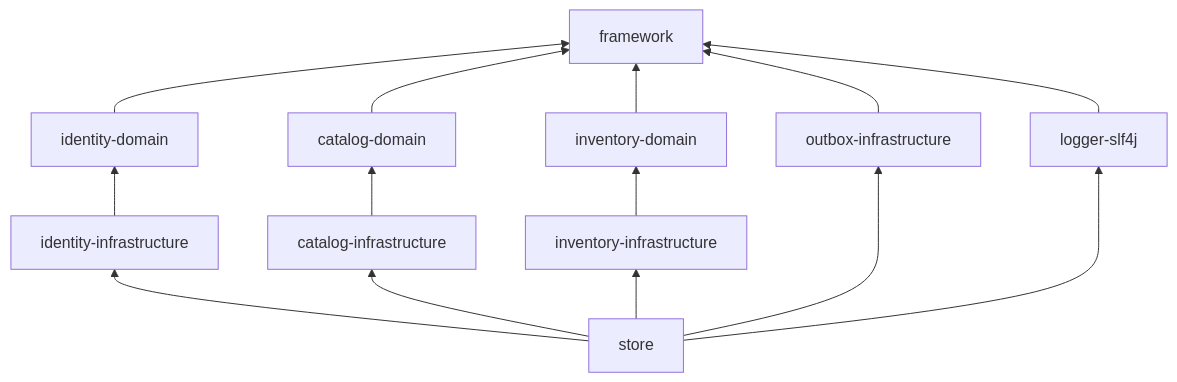
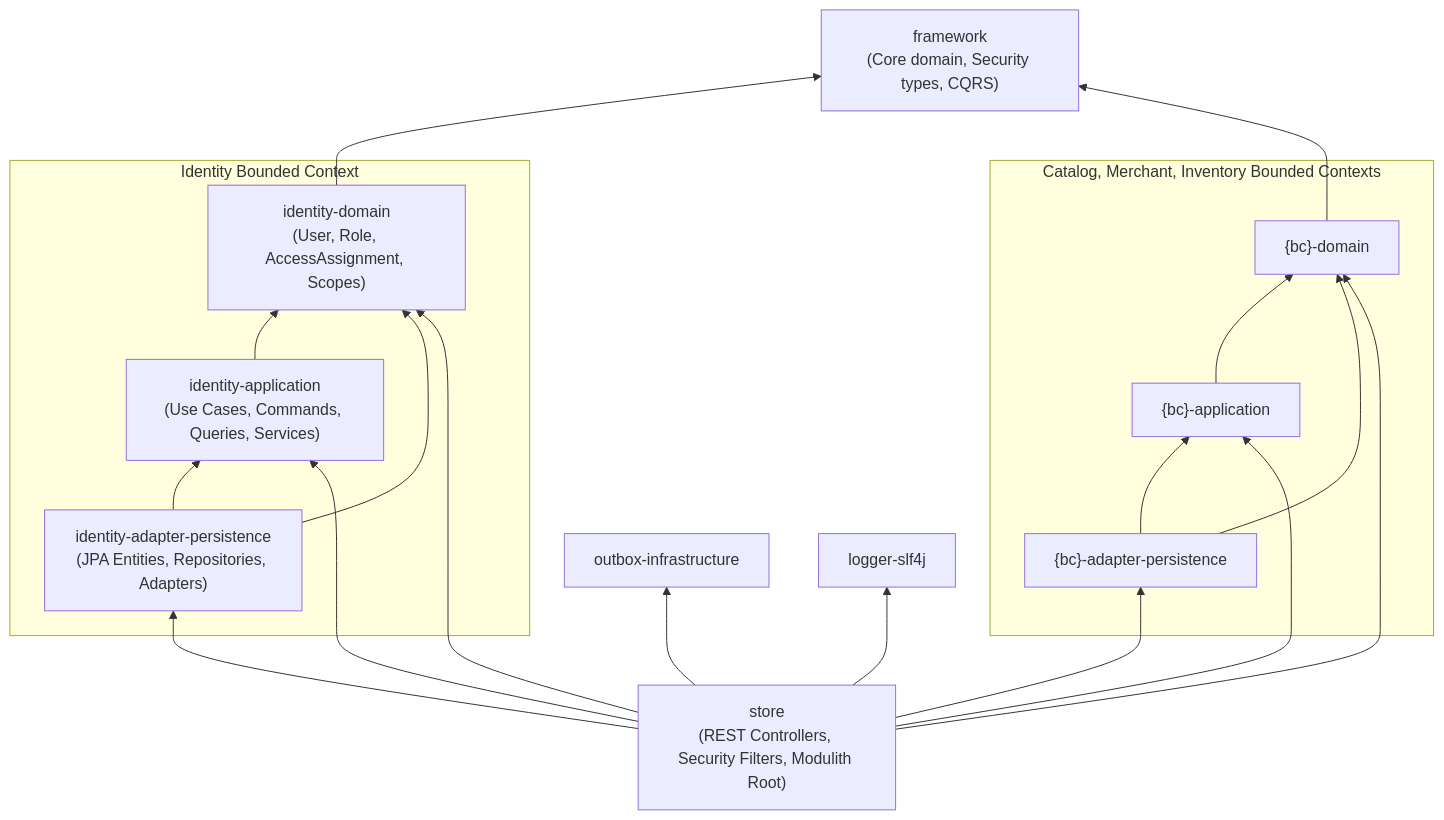
One commit to khinemyaezin/grab changed the seventh of 7 diagrams in docs/dev/domain/identity/architecture/DGR_002-Identity_module_architecture.md. Above: the diagram before and after it, drawn with Mermaid. The commit also changed other lines of this file and 178 other files, not shown here.

Commit message:
feat: enhance identity module with merchant ID support and new security manifest commands

````diff
--- a/docs/dev/domain/identity/architecture/DGR_002-Identity_module_architecture.md
+++ b/docs/dev/domain/identity/architecture/DGR_002-Identity_module_architecture.md
@@ -227,27 +257,39 @@
 ```mermaid
 flowchart BT
-    framework["framework"]
-    identityDomain["identity-domain"]
-    identityInfra["identity-infrastructure"]
-    catalogDomain["catalog-domain"]
-    catalogInfra["catalog-infrastructure"]
-    inventoryDomain["inventory-domain"]
-    inventoryInfra["inventory-infrastructure"]
+    framework["framework\n(Core domain, Security types, CQRS)"]
+    
+    subgraph identityBC["Identity Bounded Context"]
+        identityDomain["identity-domain\n(User, Role, AccessAssignment, Scopes)"]
+        identityApp["identity-application\n(Use Cases, Commands, Queries, Services)"]
+        identityPersistence["identity-adapter-persistence\n(JPA Entities, Repositories, Adapters)"]
+    end
+
+    subgraph otherBCs["Catalog, Merchant, Inventory Bounded Contexts"]
+        otherDomain["{bc}-domain"]
+        otherApp["{bc}-application"]
+        otherPersistence["{bc}-adapter-persistence"]
+    end
+
     outbox["outbox-infrastructure"]
     logger["logger-slf4j"]
-    store["store"]
+    store["store\n(REST Controllers, Security Filters, Modulith Root)"]
 
     identityDomain --> framework
-    identityInfra --> identityDomain
-    catalogDomain --> framework
-    catalogInfra --> catalogDomain
-    inventoryDomain --> framework
-    inventoryInfra --> inventoryDomain
-    outbox --> framework
-    logger --> framework
-    store --> identityInfra
-    store --> catalogInfra
-    store --> inventoryInfra
+    identityApp --> identityDomain
+    identityPersistence --> identityApp
+    identityPersistence --> identityDomain
+
+    otherDomain --> framework
+    otherApp --> otherDomain
+    otherPersistence --> otherApp
+    otherPersistence --> otherDomain
+
+    store --> identityPersistence
+    store --> identityApp
+    store --> identityDomain
+    store --> otherPersistence
+    store --> otherApp
+    store --> otherDomain
     store --> outbox
     store --> logger
 ```
````
